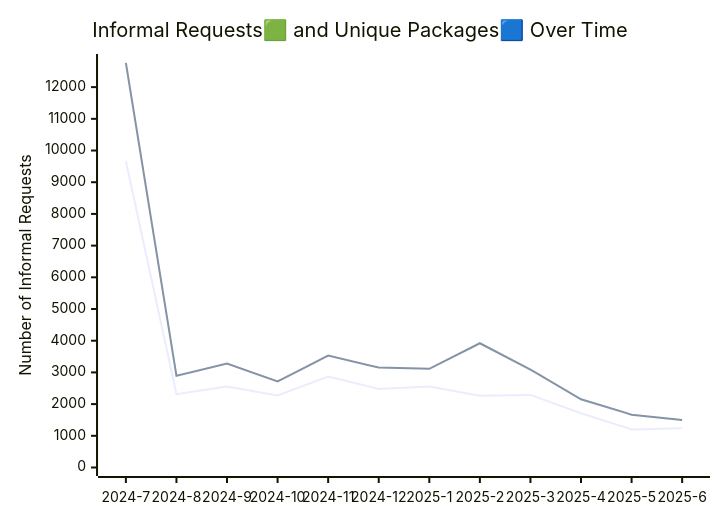
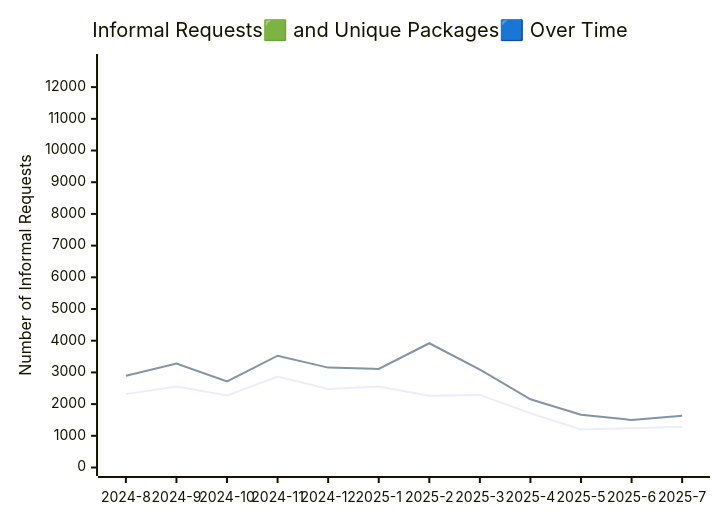
One commit to PatLittle/analytics-corporate-reporting changed the diagram in ATI_INFORMAL_REPORT/readme.md. Above: the diagram before and after it, drawn with Mermaid. The commit also changed other lines of this file and 5 other files, not shown here.

````diff
--- a/ATI_INFORMAL_REPORT/readme.md
+++ b/ATI_INFORMAL_REPORT/readme.md
@@ -4,11 +4,11 @@
 ```mermaid
 
 xychart-beta
     title "Informal Requests🟩 and Unique Packages🟦 Over Time"
-    x-axis [2024-7, 2024-8, 2024-9, 2024-10, 2024-11, 2024-12, 2025-1, 2025-2, 2025-3, 2025-4, 2025-5, 2025-6]
-    y-axis "Unique Packages" 0 --> 10096
+    x-axis [2024-8, 2024-9, 2024-10, 2024-11, 2024-12, 2025-1, 2025-2, 2025-3, 2025-4, 2025-5, 2025-6, 2025-7]
+    y-axis "Unique Packages" 0 --> 10094
     y-axis "Number of Informal Requests" 0 --> 12777
 
-    line [9660, 2315, 2553, 2271, 2870, 2479, 2555, 2263, 2291, 1711, 1202, 1240]
-    line [12767, 2892, 3279, 2713, 3530, 3152, 3112, 3920, 3091, 2153, 1667, 1499]
+    line [2315, 2553, 2271, 2867, 2479, 2553, 2263, 2291, 1711, 1202, 1240, 1283]
+    line [2892, 3279, 2713, 3527, 3151, 3110, 3920, 3091, 2153, 1667, 1499, 1635]
 ```
````
